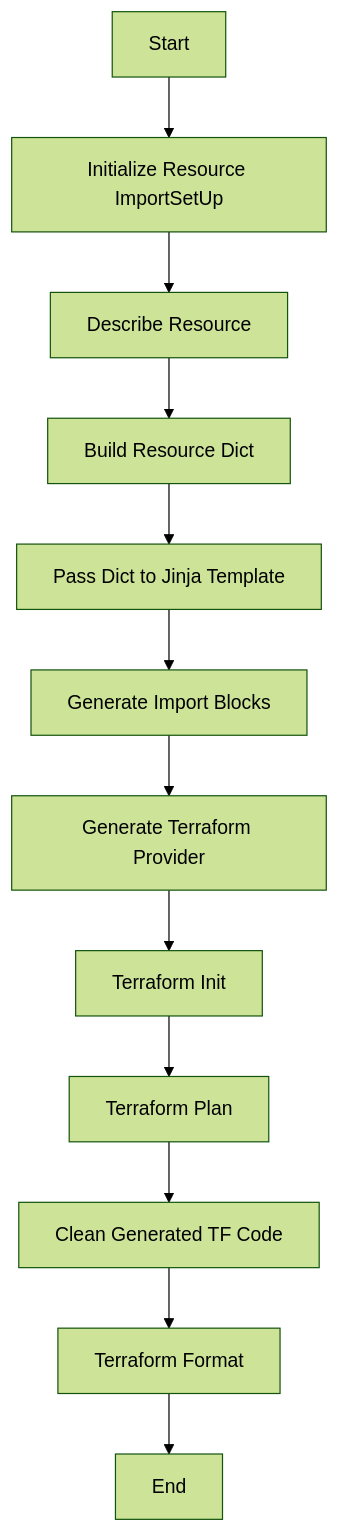
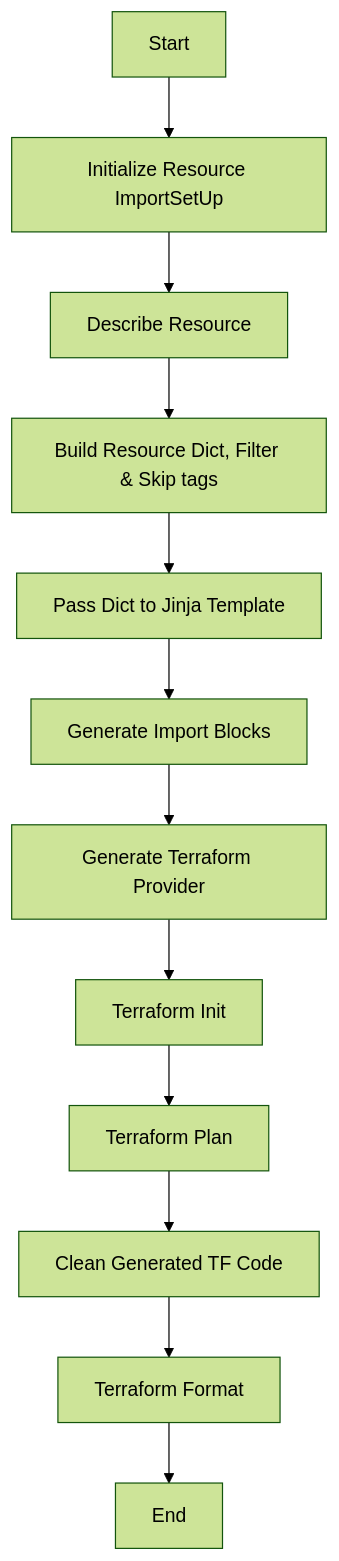
One commit to rohit-dimagi/tf-import changed the diagram in README.md. Above: the diagram before and after it, drawn with Mermaid (forest theme). The commit also changed other lines of this file, not shown here.

````diff
--- a/README.md
+++ b/README.md
@@ -136,14 +109,14 @@
 ```mermaid
 graph TD;
     A[Start] --> B[Initialize Resource ImportSetUp];
     B --> C[Describe Resource];
-    C --> D[ Build Resource Dict];
+    C --> D[ Build Resource Dict, Filter & Skip tags];
     D --> E[Pass Dict to Jinja Template];
     E --> F[Generate Import Blocks];
     F --> G[Generate Terraform Provider];
     G --> H[Terraform Init];
     H --> I[Terraform Plan];
     I --> J[Clean Generated TF Code];
     J --> K[Terraform Format];
     K --> L[End];
 ```
````
